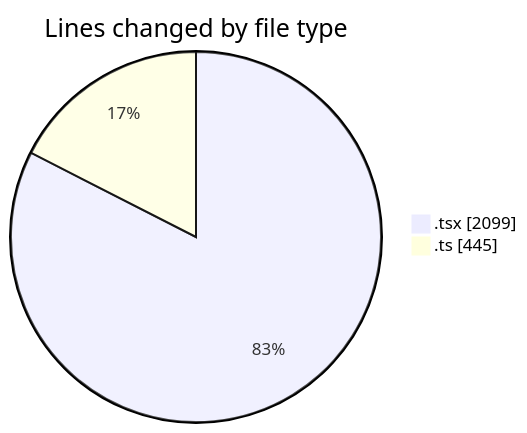
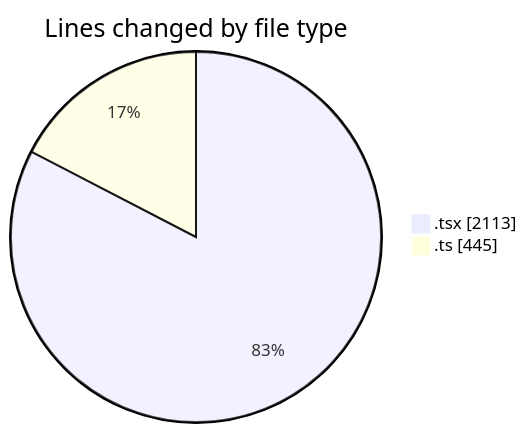
The first of 2 diagrams in 2025-09-24/cda/README.md (momahboobian/code-tracking), drawn with Mermaid before and after one commit. The commit also changed other lines of this file and 1 other file, not shown here.

````diff
--- a/2025-09-24/cda/README.md
+++ b/2025-09-24/cda/README.md
@@ -29,6 +29,6 @@
 ```mermaid
 pie showData
 title Lines changed by file type
-".tsx" : 2099
+".tsx" : 2113
 ".ts" : 445
 ```
````
